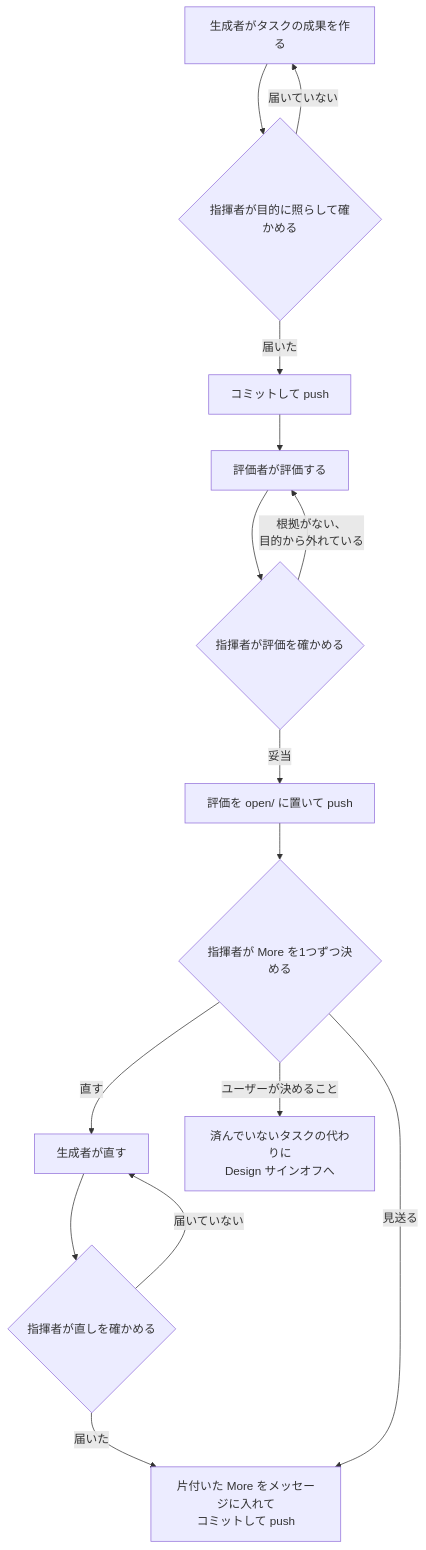
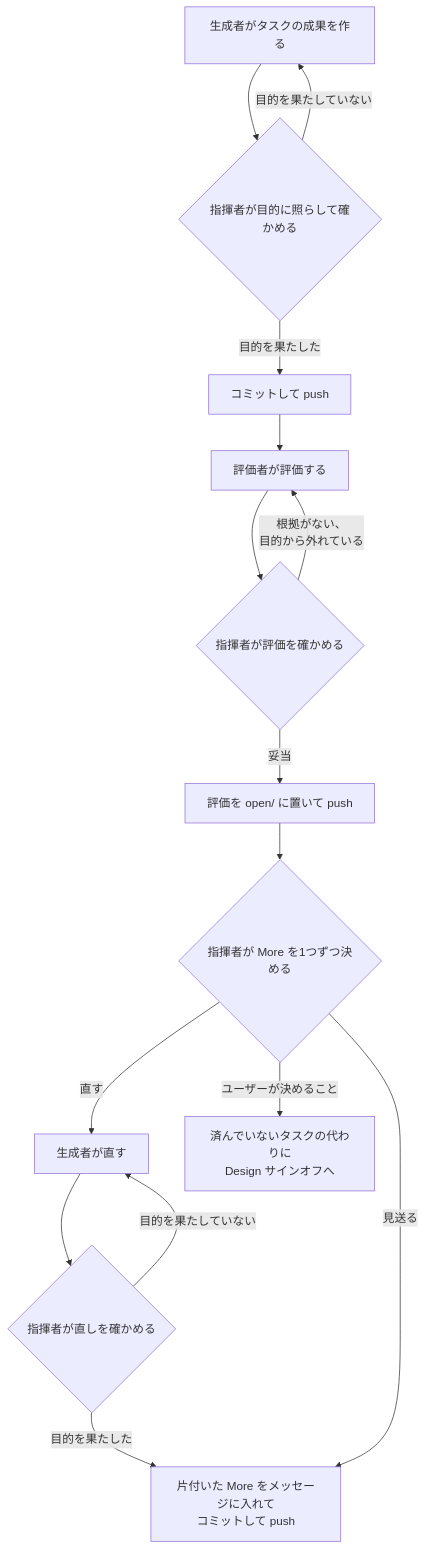
One commit to lovaizu/ccpm changed the fifth of 5 diagrams in rn/docs/design.md. Above: the diagram before and after it, drawn with Mermaid. The commit also changed other lines of this file, not shown here.

Commit message:
docs(rn): design.md — plain words in place of reaching: achieve the goal, fulfil the purpose

````diff
--- a/rn/docs/design.md
+++ b/rn/docs/design.md
@@ -137,28 +137,28 @@
 ```mermaid
 flowchart TD
     M["生成者がタスクの成果を作る"]
     K{"指揮者が目的に照らして確かめる"}
     C["コミットして push"]
     V["評価者が評価する"]
     KE{"指揮者が評価を確かめる"}
     O["評価を open/ に置いて push"]
     D{"指揮者が More を1つずつ決める"}
     F["生成者が直す"]
     FK{"指揮者が直しを確かめる"}
     S["片付いた More をメッセージに入れて<br/>コミットして push"]
     U["済んでいないタスクの代わりに<br/>Design サインオフへ"]
     M --> K
-    K -->|"届いていない"| M
-    K -->|"届いた"| C
+    K -->|"目的を果たしていない"| M
+    K -->|"目的を果たした"| C
     C --> V
     V --> KE
     KE -->|"根拠がない、<br/>目的から外れている"| V
     KE -->|"妥当"| O
     O --> D
     D -->|"直す"| F
     F --> FK
-    FK -->|"届いていない"| F
-    FK -->|"届いた"| S
+    FK -->|"目的を果たしていない"| F
+    FK -->|"目的を果たした"| S
     D -->|"見送る"| S
     D -->|"ユーザーが決めること"| U
 ```
````
